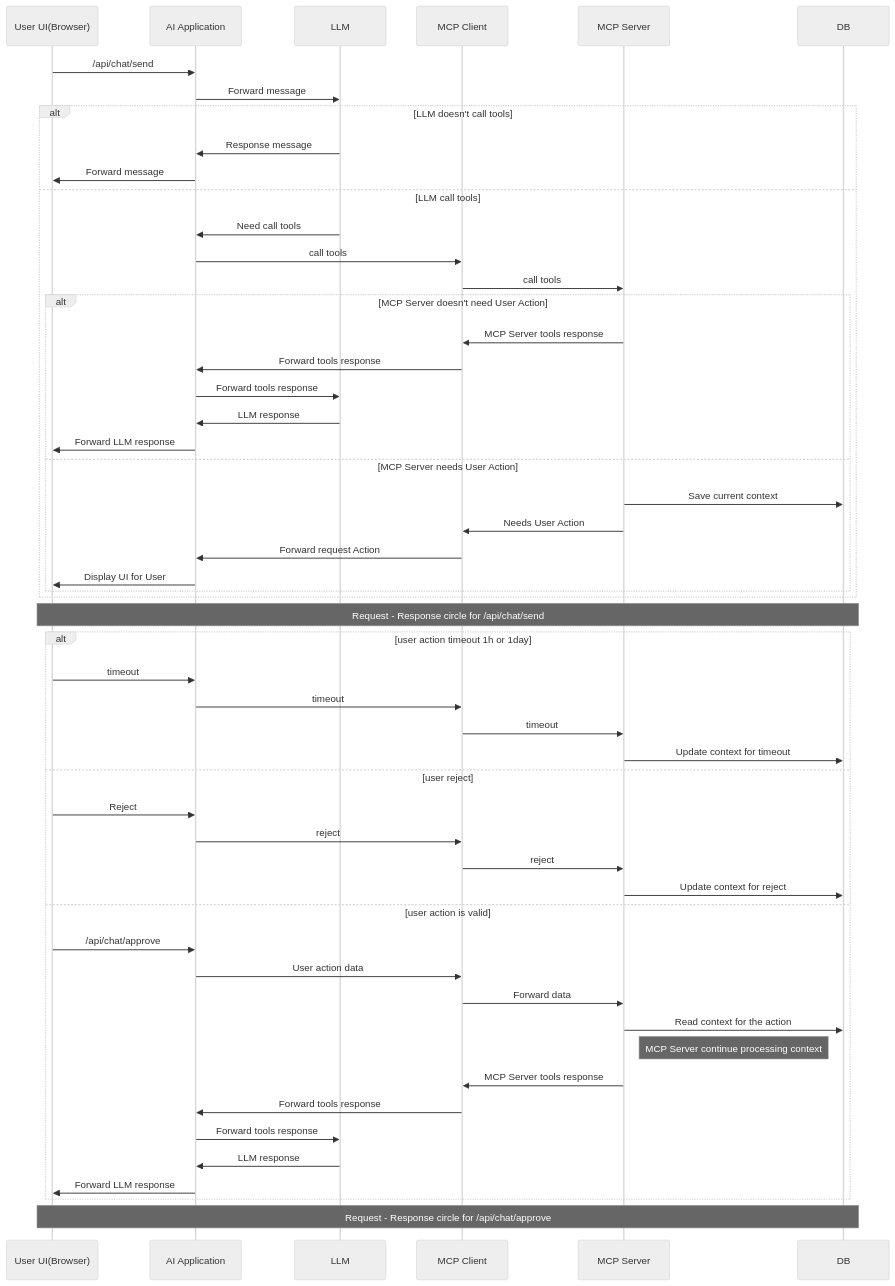
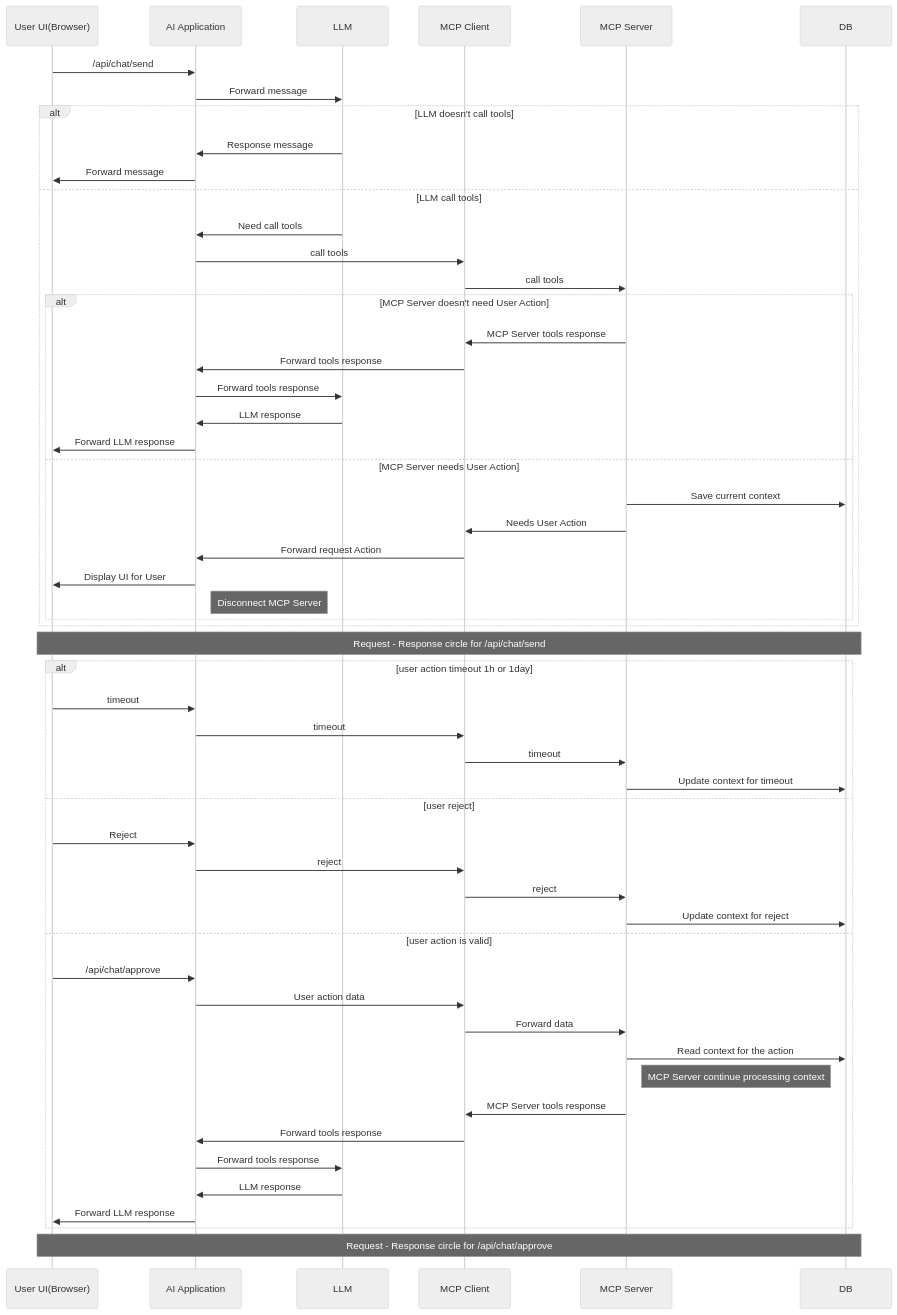
Before and after one commit to lehung1109/chatbot-groq: the diagram in README.md, drawn with Mermaid (neutral theme).

Commit message:
Add note to README.md sequence diagram indicating MCP Server disconnection from AI Application for clarity in user action flow.

````diff
--- a/README.md
+++ b/README.md
@@ -57,50 +57,51 @@
 ```mermaid
 sequenceDiagram
     participant User as User UI(Browser)
     User->>AI Application:/api/chat/send
     AI Application->>LLM:Forward message
     alt LLM doesn't call tools
         LLM->>AI Application:Response message
         AI Application->>User:Forward message
     else LLM call tools
         LLM->>AI Application:Need call tools
         AI Application->>MCP Client:call tools
         MCP Client->>MCP Server: call tools
         alt MCP Server doesn't need User Action
             MCP Server->>MCP Client:MCP Server tools response
             MCP Client->>AI Application:Forward tools response
             AI Application->>LLM:Forward tools response
             LLM->>AI Application:LLM response
             AI Application->>User:Forward LLM response
         else MCP Server needs User Action
             MCP Server->>DB:Save current context
             MCP Server->>MCP Client:Needs User Action
             MCP Client->>AI Application:Forward request Action
             AI Application->>User:Display UI for User
+            Note right of AI Application:Disconnect MCP Server
         end
     end
     Note over User,DB: Request - Response circle for /api/chat/send
     alt user action timeout 1h or 1day
         User->>AI Application:timeout
         AI Application->>MCP Client:timeout
         MCP Client->>MCP Server:timeout
         MCP Server->>DB:Update context for timeout
     else user reject
         User->>AI Application:Reject
         AI Application->>MCP Client:reject
         MCP Client->>MCP Server:reject
         MCP Server->>DB:Update context for reject
     else user action is valid
         User->>AI Application:/api/chat/approve
         AI Application->>MCP Client:User action data
         MCP Client->>MCP Server:Forward data
         MCP Server->>DB:Read context for the action
         Note right of MCP Server:MCP Server continue processing context
         MCP Server->>MCP Client:MCP Server tools response
         MCP Client->>AI Application:Forward tools response
         AI Application->>LLM:Forward tools response
         LLM->>AI Application:LLM response
         AI Application->>User:Forward LLM response
     end
     Note over User,DB: Request - Response circle for /api/chat/approve
 ```
````
